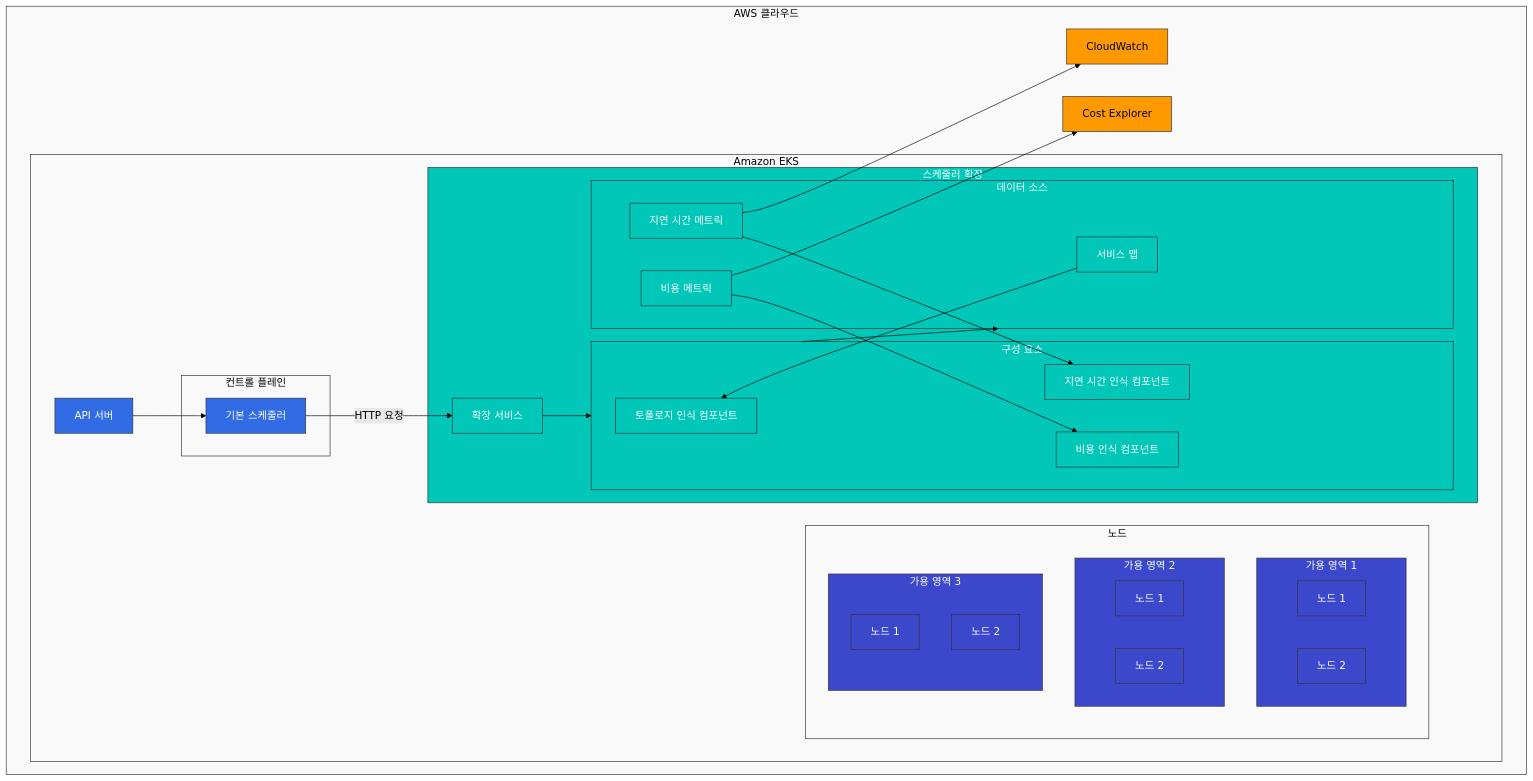
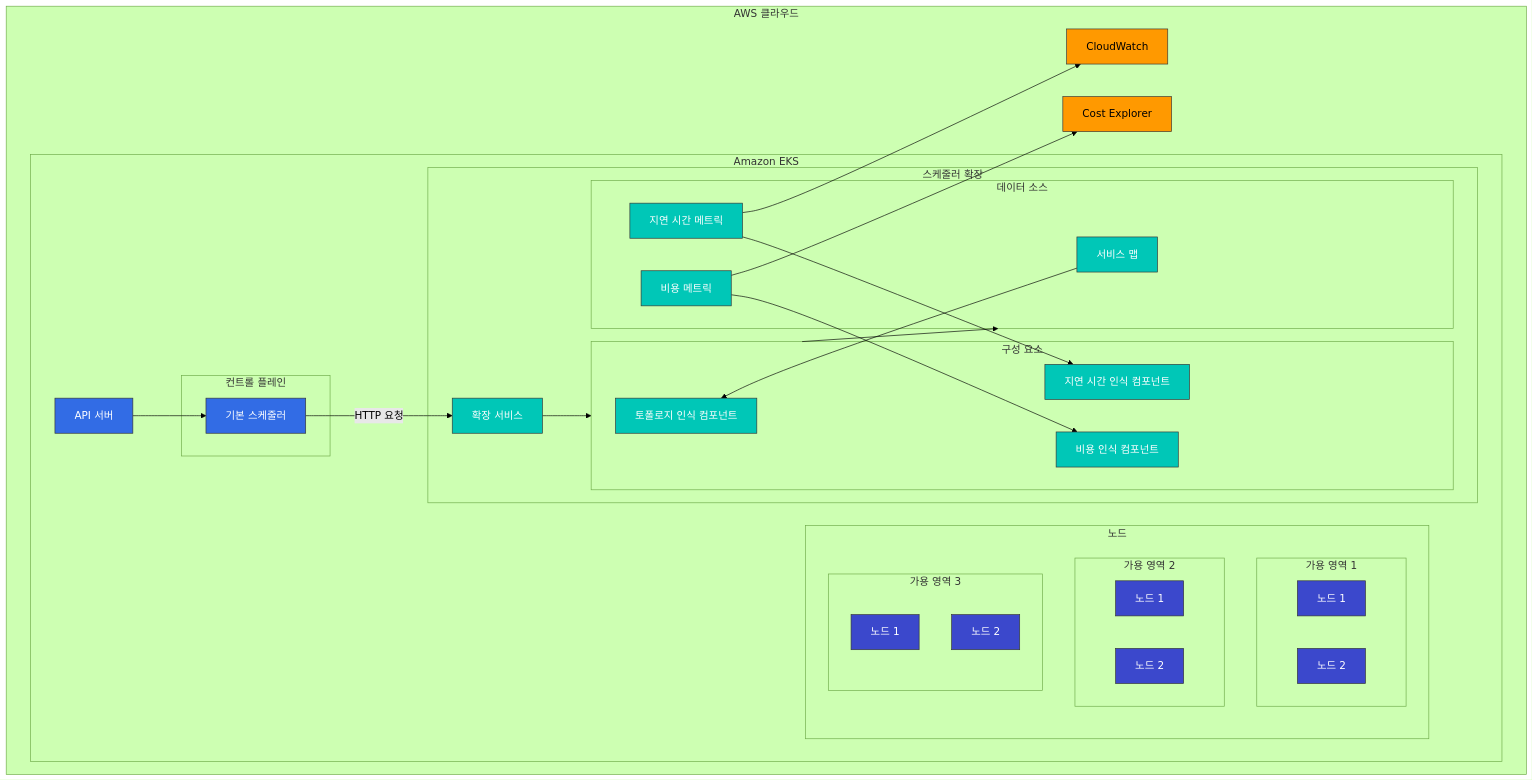
The third of 6 diagrams in advanced/02-custom-scheduler-part3.md (Atom-oh/kubernetes-docs), drawn with Mermaid (forest theme) before and after one commit. The commit also changed other lines of this file and 1 other file, not shown here.

Commit message:
Fix mermaid diagrams by removing style applications from subgraphs and fixing code blocks

````diff
--- a/advanced/02-custom-scheduler-part3.md
+++ b/advanced/02-custom-scheduler-part3.md
@@ -308,70 +274,68 @@
 ```mermaid
 flowchart TD
     subgraph AWS [AWS 클라우드]
         subgraph EKS [Amazon EKS]
             APIServer[API 서버]
             
             subgraph ControlPlane [컨트롤 플레인]
                 DefaultScheduler[기본 스케줄러]
             end
             
             subgraph SchedulerExtender [스케줄러 확장]
                 ExtenderService[확장 서비스]
                 
                 subgraph Components [구성 요소]
                     TopologyAware[토폴로지 인식 컴포넌트]
                     LatencyAware[지연 시간 인식 컴포넌트]
                     CostAware[비용 인식 컴포넌트]
                 end
                 
                 subgraph DataSources [데이터 소스]
                     ServiceMap[서비스 맵]
                     LatencyMetrics[지연 시간 메트릭]
                     CostMetrics[비용 메트릭]
                 end
             end
             
             subgraph Nodes [노드]
                 subgraph AZ1 [가용 영역 1]
                     AZ1_Node1[노드 1]
                     AZ1_Node2[노드 2]
                 end
                 
                 subgraph AZ2 [가용 영역 2]
                     AZ2_Node1[노드 1]
                     AZ2_Node2[노드 2]
                 end
                 
                 subgraph AZ3 [가용 영역 3]
                     AZ3_Node1[노드 1]
                     AZ3_Node2[노드 2]
                 end
             end
         end
         
         CloudWatch[CloudWatch]
         CostExplorer[Cost Explorer]
     end
     
     APIServer --> DefaultScheduler
     DefaultScheduler -- HTTP 요청 --> ExtenderService
     ExtenderService --> Components
     Components --> DataSources
     ServiceMap --> TopologyAware
     LatencyMetrics --> LatencyAware
     CostMetrics --> CostAware
     LatencyMetrics --> CloudWatch
     CostMetrics --> CostExplorer
     
     classDef awsService fill:#FF9900,stroke:#333,stroke-width:1px,color:black;
     classDef k8sComponent fill:#326CE5,stroke:#333,stroke-width:1px,color:white;
     classDef extenderComponent fill:#00C7B7,stroke:#333,stroke-width:1px,color:white;
     classDef azNodes fill:#3B48CC,stroke:#333,stroke-width:1px,color:white;
-    classDef default fill:#f9f9f9,stroke:#333,stroke-width:1px,color:black;
     
     class CloudWatch,CostExplorer awsService;
     class APIServer,DefaultScheduler k8sComponent;
-    class ExtenderService,Components,TopologyAware,LatencyAware,CostAware,DataSources,ServiceMap,LatencyMetrics,CostMetrics,SchedulerExtender extenderComponent;
-    class AZ1_Node1,AZ1_Node2,AZ2_Node1,AZ2_Node2,AZ3_Node1,AZ3_Node2,AZ1,AZ2,AZ3 azNodes;
-    class AWS,EKS,ControlPlane,Nodes default;
+    class ExtenderService,TopologyAware,LatencyAware,CostAware,ServiceMap,LatencyMetrics,CostMetrics extenderComponent;
+    class AZ1_Node1,AZ1_Node2,AZ2_Node1,AZ2_Node2,AZ3_Node1,AZ3_Node2 azNodes;
 ```
````
